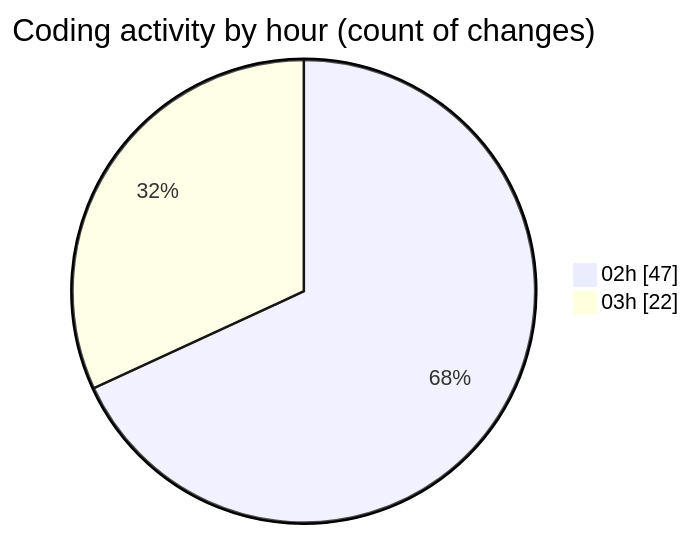
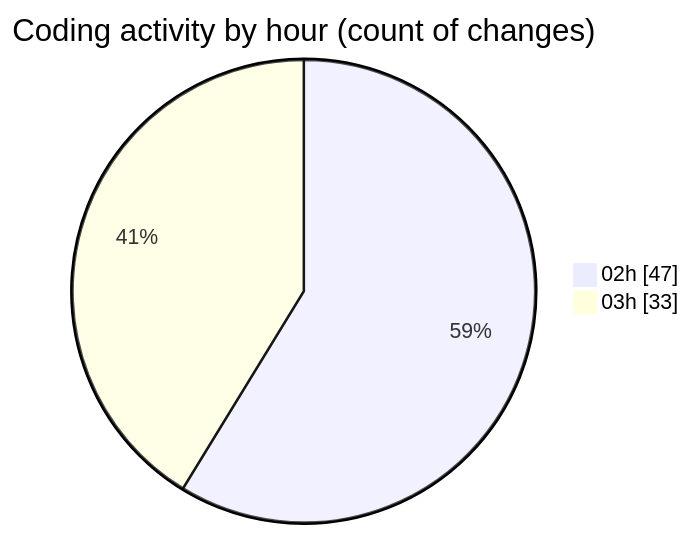
One commit to ernivani/code-tracking changed the second of 2 diagrams in 2025-01-02/3drust/README.md. Above: the diagram before and after it, drawn with Mermaid. The commit also changed other lines of this file and 2 other files, not shown here.

````diff
--- a/2025-01-02/3drust/README.md
+++ b/2025-01-02/3drust/README.md
@@ -36,6 +36,6 @@
 ```mermaid
 pie showData
 title Coding activity by hour (count of changes)
 "02h" : 47
-"03h" : 22
+"03h" : 33
 ```
````
